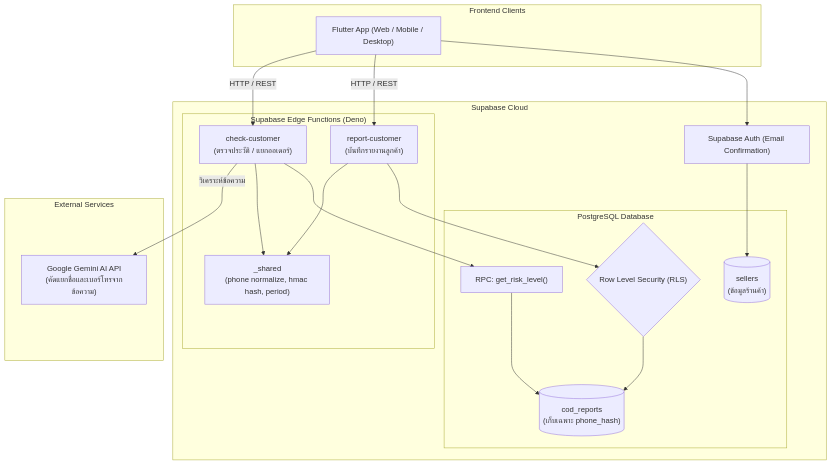
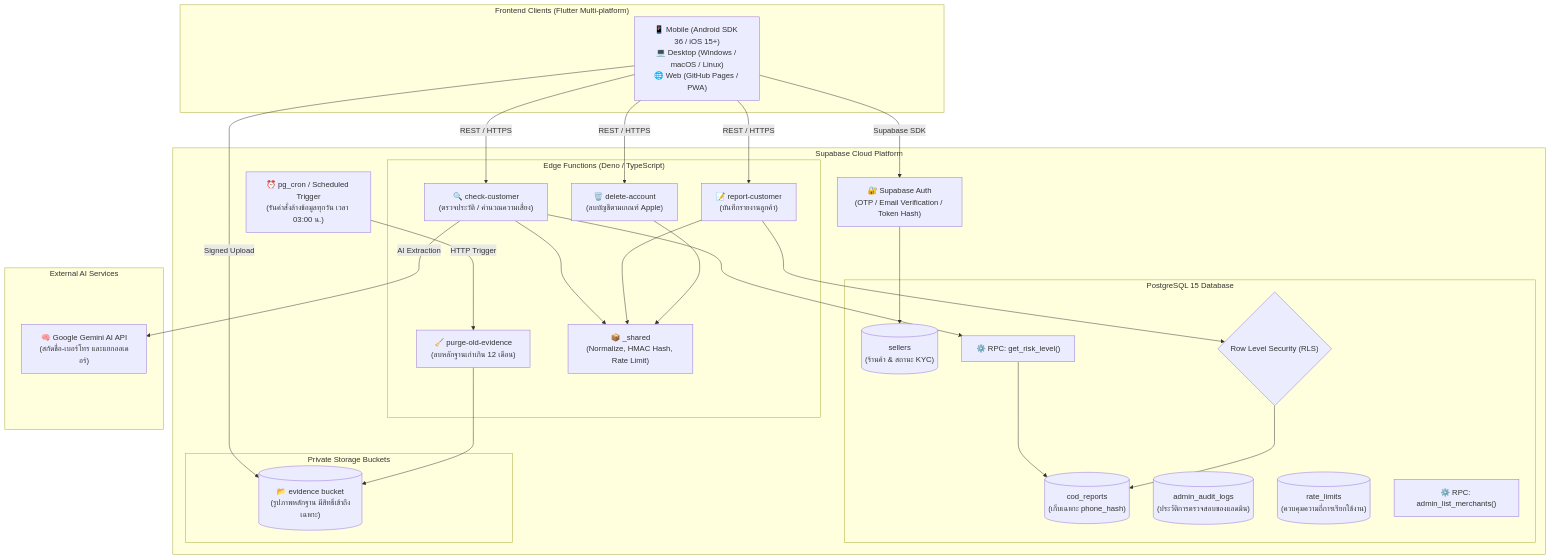
The diagram in README.md (3towson/low-code), drawn with Mermaid before and after one commit. The commit also changed other lines of this file, not shown here.

````diff
--- a/README.md
+++ b/README.md
@@ -103,41 +134,56 @@
 ```mermaid
 flowchart TD
-    subgraph Clients["Frontend Clients"]
-        Flutter["Flutter App (Web / Mobile / Desktop)"]
+    subgraph Clients["Frontend Clients (Flutter Multi-platform)"]
+        FlutterApp["📱 Mobile (Android SDK 36 / iOS 15+)\n💻 Desktop (Windows / macOS / Linux)\n🌐 Web (GitHub Pages / PWA)"]
     end
 
-    subgraph Supabase["Supabase Cloud"]
-        subgraph EdgeFunctions["Supabase Edge Functions (Deno)"]
-            CheckFn["check-customer\n(ตรวจประวัติ / แยกออเดอร์)"]
-            ReportFn["report-customer\n(บันทึกรายงานลูกค้า)"]
-            SharedMod["_shared\n(phone normalize, hmac hash, period)"]
+    subgraph SupabasePlatform["Supabase Cloud Platform"]
+        subgraph EdgeLayer["Edge Functions (Deno / TypeScript)"]
+            CheckFn["🔍 check-customer\n(ตรวจประวัติ / คำนวณความเสี่ยง)"]
+            ReportFn["📝 report-customer\n(บันทึกรายงานลูกค้า)"]
+            DeleteFn["🗑️ delete-account\n(ลบบัญชีตามเกณฑ์ Apple)"]
+            PurgeFn["🧹 purge-old-evidence\n(ลบหลักฐานเก่าเกิน 12 เดือน)"]
+            SharedLib["📦 _shared\n(Normalize, HMAC Hash, Rate Limit)"]
         end
 
-        subgraph Database["PostgreSQL Database"]
-            SellersTable[("sellers\n(ข้อมูลร้านค้า)")]
+        subgraph Database["PostgreSQL 15 Database"]
+            SellersTable[("sellers\n(ร้านค้า & สถานะ KYC)")]
             ReportsTable[("cod_reports\n(เก็บเฉพาะ phone_hash)")]
+            AuditLogsTable[("admin_audit_logs\n(ประวัติการตรวจสอบของแอดมิน)")]
+            RateLimitTable[("rate_limits\n(ควบคุมความถี่การเรียกใช้งาน)")]
+            RiskRPC["⚙️ RPC: get_risk_level()"]
+            AdminRPC["⚙️ RPC: admin_list_merchants()"]
             RLS{"Row Level Security (RLS)"}
-            RiskRPC["RPC: get_risk_level()"]
         end
 
-        Auth["Supabase Auth (Email Confirmation)"]
+        subgraph StorageLayer["Private Storage Buckets"]
+            EvidenceBucket[("📂 evidence bucket\n(รูปภาพหลักฐาน มีสิทธิ์เข้าถึงเฉพาะ)")]
+        end
+
+        CronService["⏰ pg_cron / Scheduled Trigger\n(รันคำสั่งล้างข้อมูลทุกวัน เวลา 03:00 น.)"]
+        AuthService["🔐 Supabase Auth\n(OTP / Email Verification / Token Hash)"]
     end
 
-    subgraph External["External Services"]
-        Gemini["Google Gemini AI API\n(คัดแยกชื่อและเบอร์โทรจากข้อความ)"]
+    subgraph ExternalServices["External AI Services"]
+        GeminiAPI["🧠 Google Gemini AI API\n(สกัดชื่อ-เบอร์โทร และแยกออเดอร์)"]
     end
 
-    Flutter -->|HTTP / REST| CheckFn
-    Flutter -->|HTTP / REST| ReportFn
-    Flutter --> Auth
+    FlutterApp -->|REST / HTTPS| CheckFn
+    FlutterApp -->|REST / HTTPS| ReportFn
+    FlutterApp -->|REST / HTTPS| DeleteFn
+    FlutterApp -->|Supabase SDK| AuthService
+    FlutterApp -->|Signed Upload| EvidenceBucket
 
-    CheckFn -->|วิเคราะห์ข้อความ| Gemini
-    CheckFn --> SharedMod
-    ReportFn --> SharedMod
+    CheckFn -->|AI Extraction| GeminiAPI
+    CheckFn --> SharedLib
+    ReportFn --> SharedLib
+    DeleteFn --> SharedLib
+    PurgeFn --> EvidenceBucket
 
     CheckFn --> RiskRPC
     RiskRPC --> ReportsTable
     ReportFn --> RLS
     RLS --> ReportsTable
-    Auth --> SellersTable
+    AuthService --> SellersTable
+    CronService -->|HTTP Trigger| PurgeFn
 ```
````
